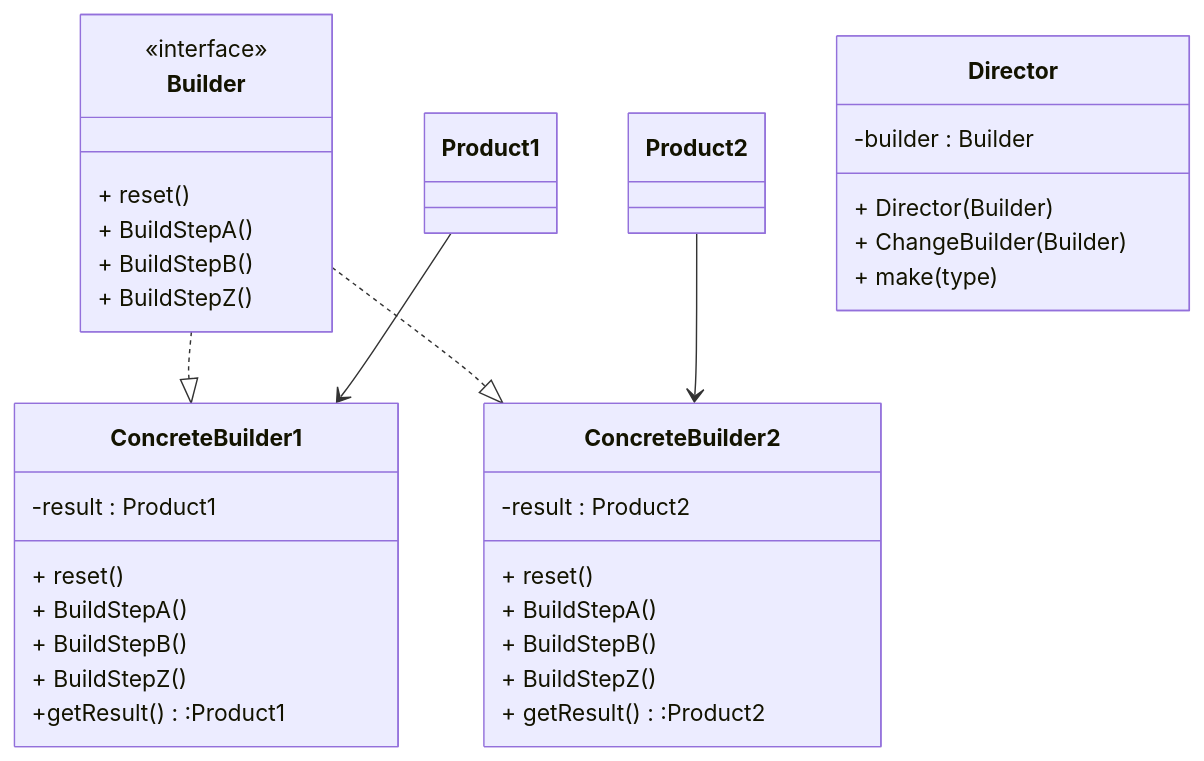
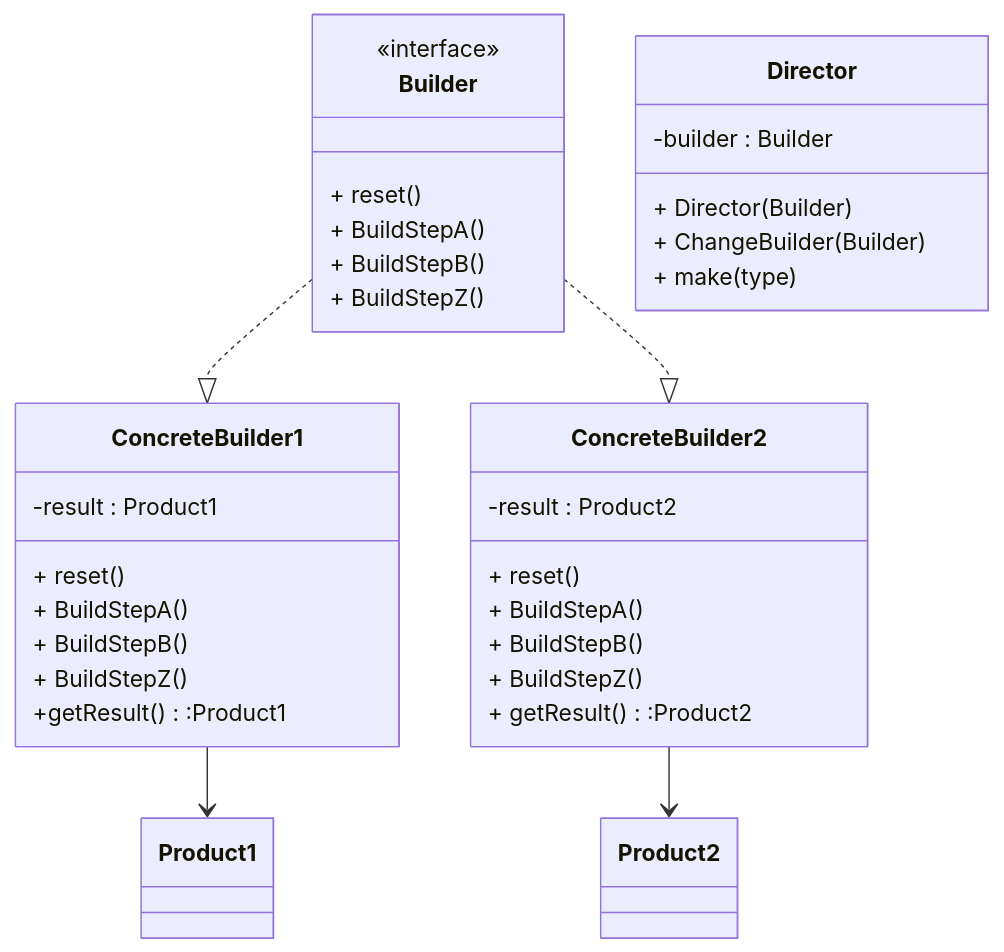
The diagram in Builder/README.md (kirolossedra/Creational-Design-Patterns), drawn with Mermaid before and after one commit.

````diff
--- a/Builder/README.md
+++ b/Builder/README.md
@@ -2,45 +2,45 @@
 ```mermaid
 classDiagram
 Builder ..|> ConcreteBuilder1
 Builder ..|> ConcreteBuilder2
-Product1 --> ConcreteBuilder1
-Product2 --> ConcreteBuilder2
+ConcreteBuilder1 --> Product1
+ConcreteBuilder2 --> Product2
 
 class Builder{
 <<interface>> 
     + reset()
     + BuildStepA()
     + BuildStepB()
     + BuildStepZ()
 }
 
 class Director{
 -builder : Builder
 + Director(Builder)
 + ChangeBuilder(Builder)
 + make(type)
 }
 
 class ConcreteBuilder1{
 -result : Product1
 + reset()
 + BuildStepA()
 + BuildStepB()
 + BuildStepZ()
 +getResult():Product1
 
 }
 
 class ConcreteBuilder2{
 -result : Product2
 + reset()
 + BuildStepA()
 + BuildStepB()
 + BuildStepZ()
 + getResult():Product2
 
 }
 class Product1
 class Product2
 
 ```
````
